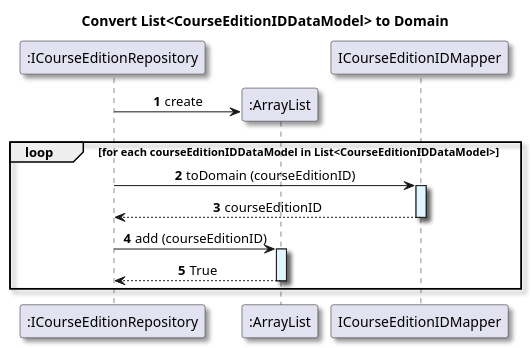
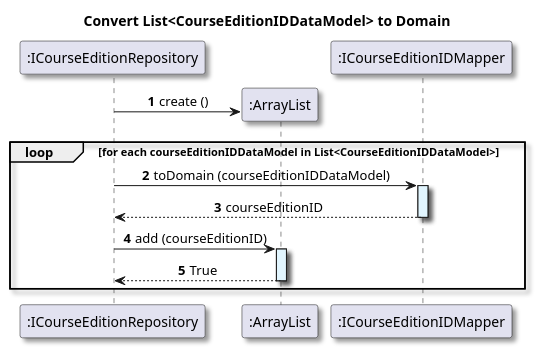
One commit to GasparISEP/DevOps-PAI changed the diagram in docs/US16/references/US16_convertListOfCourseEditionIdDataModelToDomain.puml. Above: the diagram before and after it, drawn with PlantUML. The commit also changed 10 other files, not shown here.

Commit message:
docs(sequence-diagram): minor adjustments to course edition enrolment functionality SD #359, Closes #382, Closes #313, Closes #398

```diff
--- a/docs/US16/references/US16_convertListOfCourseEditionIdDataModelToDomain.puml
+++ b/docs/US16/references/US16_convertListOfCourseEditionIdDataModelToDomain.puml
@@ -1,35 +1,35 @@
 @startuml
 
 title Convert List<CourseEditionIDDataModel> to Domain
 
 autonumber
 skinparam {
   ActivityPadding 2
   ActivityMargin 2
   BoxPadding 2
 }
 skinparam defaultTextAlignment center
 skinparam shadowing true
 
 participant ":ICourseEditionRepository" as ceRepository
 
 create ":ArrayList"
 
-ceRepository -> ":ArrayList": create
+ceRepository -> ":ArrayList": create ()
 loop for each courseEditionIDDataModel in List<CourseEditionIDDataModel>
 
-participant "ICourseEditionIDMapper" as ceIDMapper
+participant ":ICourseEditionIDMapper" as ceIDMapper
 
-ceRepository -> ceIDMapper: toDomain (courseEditionID)
+ceRepository -> ceIDMapper: toDomain (courseEditionIDDataModel)
 activate ceIDMapper #E1F5FE
 ceIDMapper --> ceRepository: courseEditionID
 deactivate ceIDMapper
 
 ceRepository -> ":ArrayList" : add (courseEditionID)
 activate ":ArrayList" #E1F5FE
 ":ArrayList" --> ceRepository: True
 deactivate ":ArrayList"
 
 end
 
 @enduml
```
